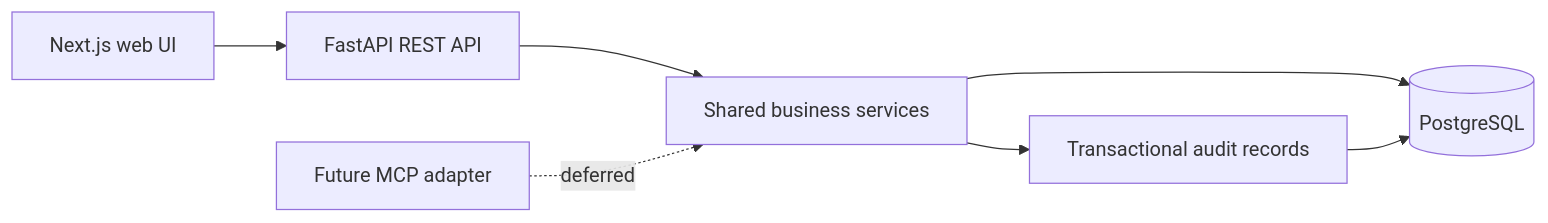
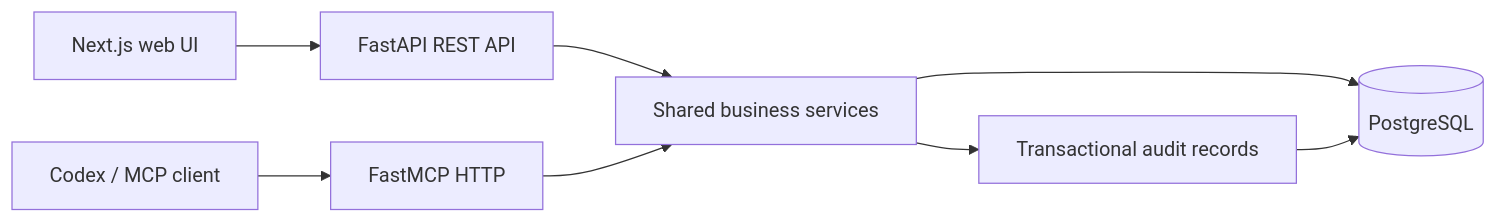
One commit to vamsee9201/enterprise-mcp-integration changed the diagram in README.md. Above: the diagram before and after it, drawn with Mermaid. The commit also changed other lines of this file and 25 other files, not shown here.

Commit message:
Add authenticated FastMCP workflows with durable retries and regression coverage

````diff
--- a/README.md
+++ b/README.md
@@ -43,9 +45,10 @@
 ```mermaid
 flowchart LR
   UI[Next.js web UI] --> REST[FastAPI REST API]
   REST --> Services[Shared business services]
-  Future[Future MCP adapter] -. deferred .-> Services
+  Agent[Codex / MCP client] --> MCP[FastMCP HTTP]
+  MCP --> Services
   Services --> DB[(PostgreSQL)]
   Services --> Audit[Transactional audit records]
   Audit --> DB
 ```
````
